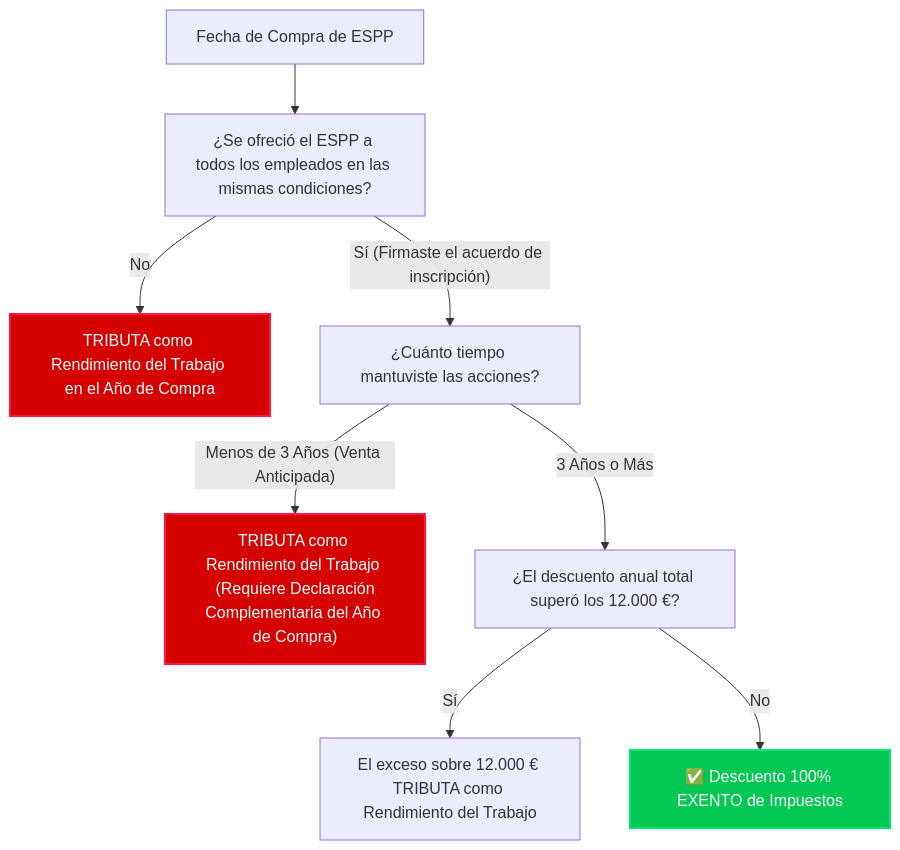
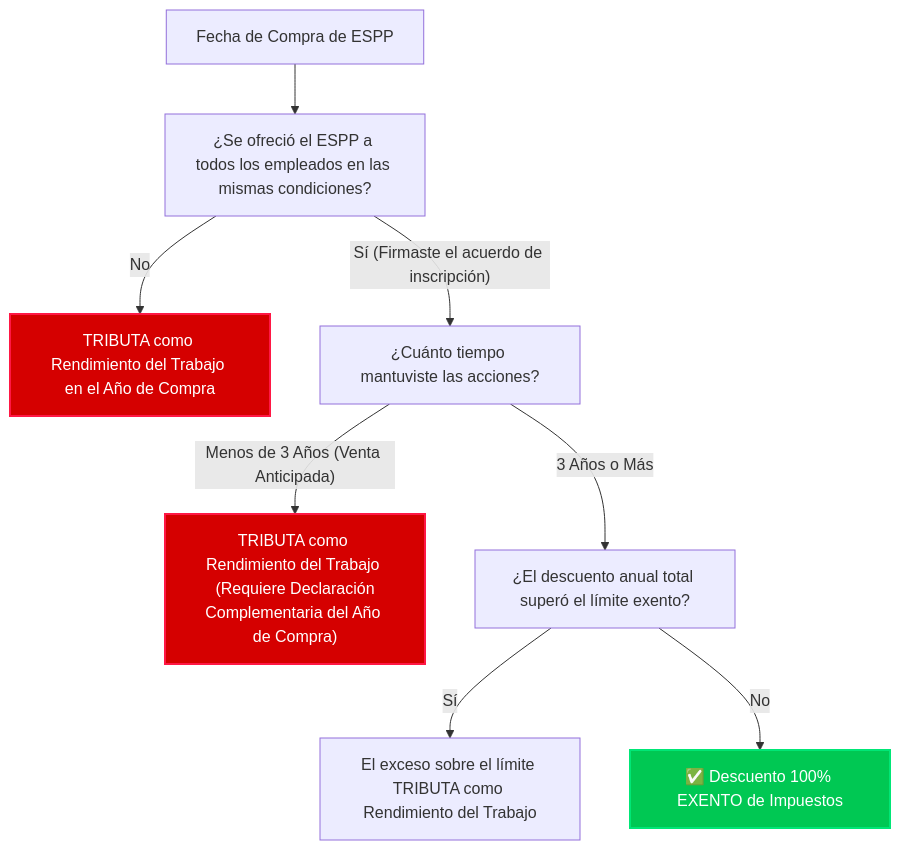
The diagram in docs/ESPP_TAX_GUIDE_ES.md (manu7691/tax-broker-tools-esp), drawn with Mermaid before and after one commit. The commit also changed other lines of this file and 4 other files, not shown here.

````diff
--- a/docs/ESPP_TAX_GUIDE_ES.md
+++ b/docs/ESPP_TAX_GUIDE_ES.md
@@ -15,17 +15,17 @@
 ```mermaid
 graph TD
     A["Fecha de Compra de ESPP"] --> B["¿Se ofreció el ESPP a todos los empleados en las mismas condiciones?"]
     
     B -- No --> C["TRIBUTA como Rendimiento del Trabajo en el Año de Compra"]
     B -- Sí (Firmaste el acuerdo de inscripción) --> D["¿Cuánto tiempo mantuviste las acciones?"]
     
     D -- Menos de 3 Años (Venta Anticipada) --> E["TRIBUTA como Rendimiento del Trabajo <br> (Requiere Declaración Complementaria del Año de Compra)"]
-    D -- 3 Años o Más --> F["¿El descuento anual total superó los 12.000 €?"]
+    D -- 3 Años o Más --> F["¿El descuento anual total superó el límite exento?"]
     
-    F -- Sí --> G["El exceso sobre 12.000 € TRIBUTA como Rendimiento del Trabajo"]
+    F -- Sí --> G["El exceso sobre el límite TRIBUTA como Rendimiento del Trabajo"]
     F -- No --> H["✅ Descuento 100% EXENTO de Impuestos"]
 
     style H fill:#00c853,stroke:#00e676,stroke-width:2px,color:#fff
     style E fill:#d50000,stroke:#ff1744,stroke-width:2px,color:#fff
     style C fill:#d50000,stroke:#ff1744,stroke-width:2px,color:#fff
 ```
````
